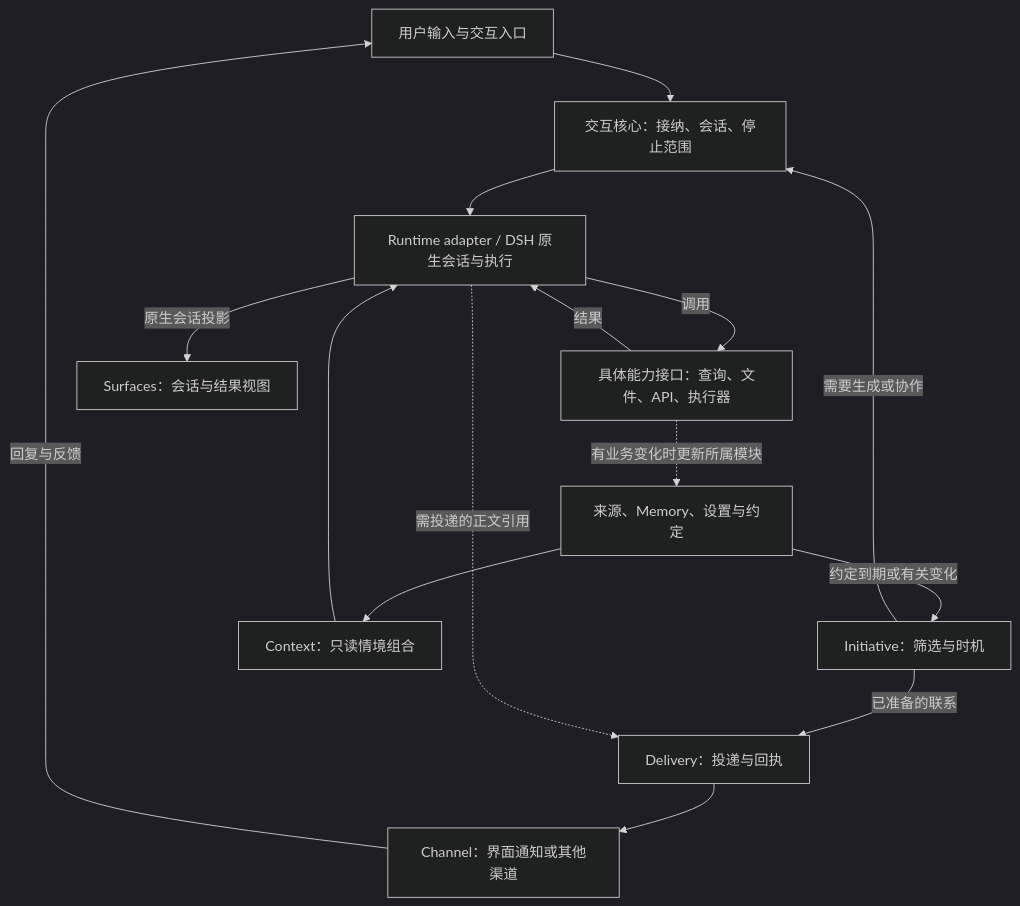
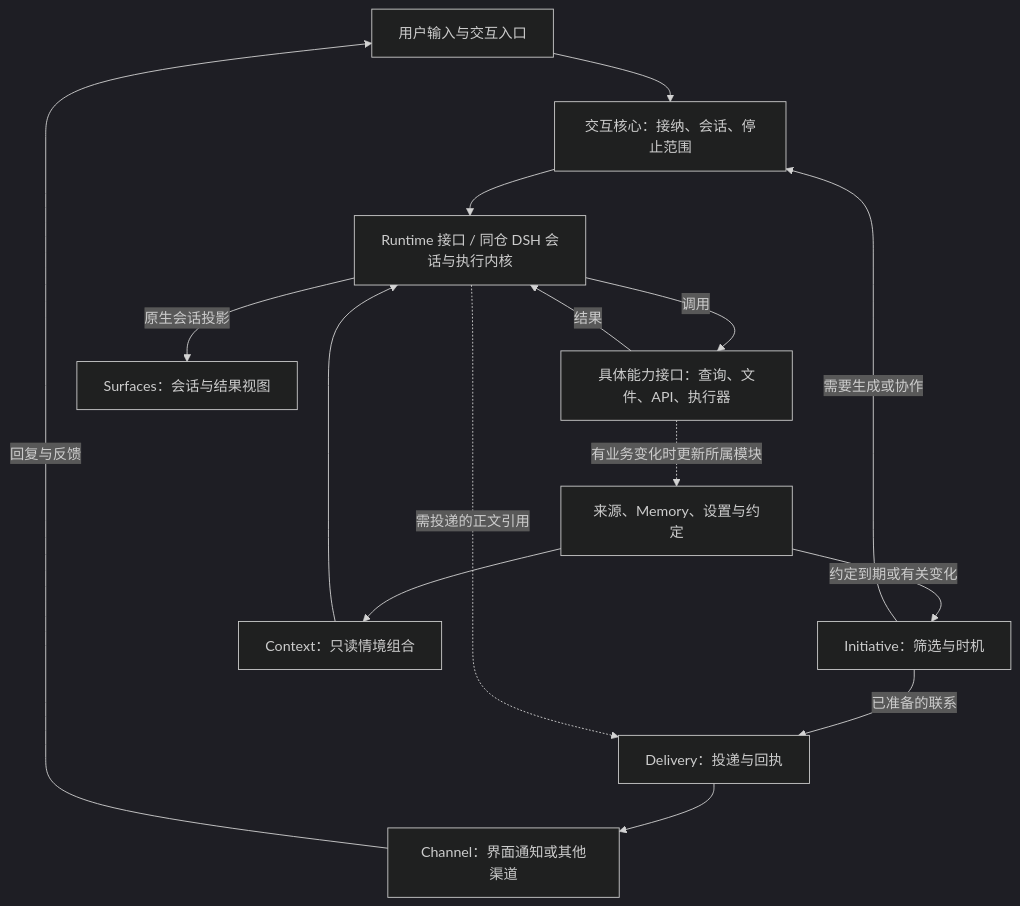
The diagram in docs/personal-agent-framework.md (lyingloong/Mirally), drawn with Mermaid (dark theme) before and after one commit. The commit also changed other lines of this file and 16350 other files, not shown here.

````diff
--- a/docs/personal-agent-framework.md
+++ b/docs/personal-agent-framework.md
@@ -47,17 +47,17 @@
 ```mermaid
 flowchart TB
     U[用户输入与交互入口] --> A[交互核心：接纳、会话、停止范围]
     O[Initiative：筛选与时机] -->|需要生成或协作| A
-    A --> R[Runtime adapter / DSH 原生会话与执行]
+    A --> R[Runtime 接口 / 同仓 DSH 会话与执行内核]
     S[来源、Memory、设置与约定] --> C[Context：只读情境组合]
     C --> R
     R -->|调用| K[具体能力接口：查询、文件、API、执行器]
     K -->|结果| R
     K -.->|有业务变化时更新所属模块| S
     R -->|原生会话投影| V[Surfaces：会话与结果视图]
     S -->|约定到期或有关变化| O
     O -->|已准备的联系| D[Delivery：投递与回执]
     R -.->|需投递的正文引用| D
     D --> H[Channel：界面通知或其他渠道]
     H -->|回复与反馈| U
 ```
````
